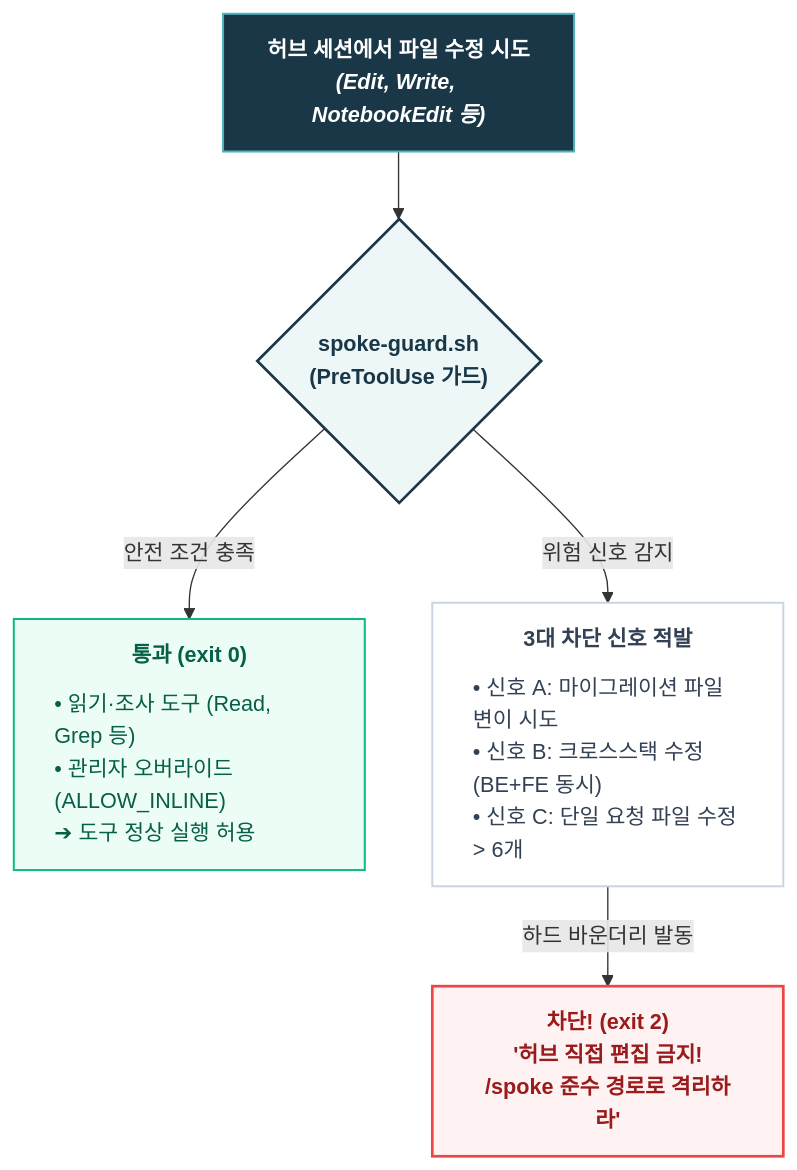
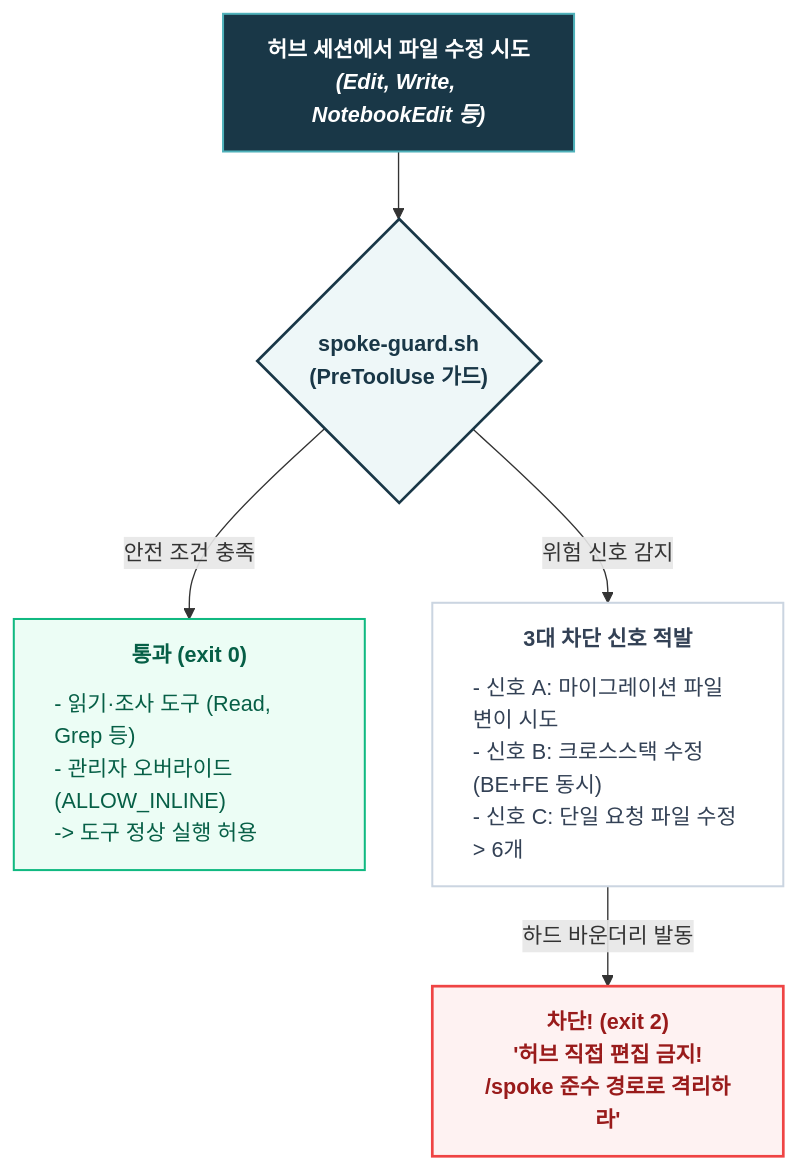
One commit to tomato-vault/tomato-vault.github.io changed the second of 4 diagrams in _posts/tech/ai-agent-architecture/5 같은 브랜치에서 에이전트끼리 사이좋게 코딩할 리가 없어.md. Above: the diagram before and after it, drawn with Mermaid. The commit also changed other lines of this file and 43 other files, not shown here.

````diff
--- a/_posts/tech/ai-agent-architecture/5 같은 브랜치에서 에이전트끼리 사이좋게 코딩할 리가 없어.md
+++ b/_posts/tech/ai-agent-architecture/5 같은 브랜치에서 에이전트끼리 사이좋게 코딩할 리가 없어.md
@@ -149,19 +85,19 @@
 ```mermaid
 flowchart TD
     classDef start fill:#193747,stroke:#4fb1ba,stroke-width:1.5px,color:#fff,font-weight:bold
     classDef hook fill:#eef7f8,stroke:#193747,stroke-width:2px,color:#193747,font-weight:bold
     classDef pass fill:#ecfdf5,stroke:#10b981,stroke-width:1.5px,color:#065f46
     classDef block fill:#fef2f2,stroke:#ef4444,stroke-width:2px,color:#991b1b,font-weight:bold
     classDef triggers fill:#fff,stroke:#cbd5e1,stroke-width:1.5px,color:#334155
 
     START["허브 세션에서 파일 수정 시도<br/><i>(Edit, Write, NotebookEdit 등)</i>"]:::start
     HOOK{"spoke-guard.sh<br/>(PreToolUse 가드)"}:::hook
 
     START --> HOOK
 
-    HOOK -->|"안전 조건 충족"| PASS["<div style='text-align:center;'><b>통과 (exit 0)</b></div><hr style='margin:6px 0; border:none; border-top:1px solid #a7f3d0;'/><div style='text-align:left; line-height:1.5;'>• 읽기·조사 도구 (Read, Grep 등)<br/>• 관리자 오버라이드 (ALLOW_INLINE)<br/>➔ 도구 정상 실행 허용</div>"]:::pass
+    HOOK -->|"안전 조건 충족"| PASS["<div style='text-align:center;'><b>통과 (exit 0)</b></div><hr style='margin:6px 0; border:none; border-top:1px solid #a7f3d0;'/><div style='text-align:left; line-height:1.5;'>- 읽기·조사 도구 (Read, Grep 등)<br/>- 관리자 오버라이드 (ALLOW_INLINE)<br/>-> 도구 정상 실행 허용</div>"]:::pass
 
-    HOOK -->|"위험 신호 감지"| TRIGGERS["<div style='text-align:center;'><b>3대 차단 신호 적발</b></div><hr style='margin:6px 0; border:none; border-top:1px solid #cbd5e1;'/><div style='text-align:left; line-height:1.5;'>• 신호 A: 마이그레이션 파일 변이 시도<br/>• 신호 B: 크로스스택 수정 (BE+FE 동시)<br/>• 신호 C: 단일 요청 파일 수정 > 6개</div>"]:::triggers
+    HOOK -->|"위험 신호 감지"| TRIGGERS["<div style='text-align:center;'><b>3대 차단 신호 적발</b></div><hr style='margin:6px 0; border:none; border-top:1px solid #cbd5e1;'/><div style='text-align:left; line-height:1.5;'>- 신호 A: 마이그레이션 파일 변이 시도<br/>- 신호 B: 크로스스택 수정 (BE+FE 동시)<br/>- 신호 C: 단일 요청 파일 수정 > 6개</div>"]:::triggers
 
     TRIGGERS -->|"하드 바운더리 발동"| BLOCK["<b>차단! (exit 2)</b><br/>'허브 직접 편집 금지!<br/>/spoke 준수 경로로 격리하라'"]:::block
 ```
````
